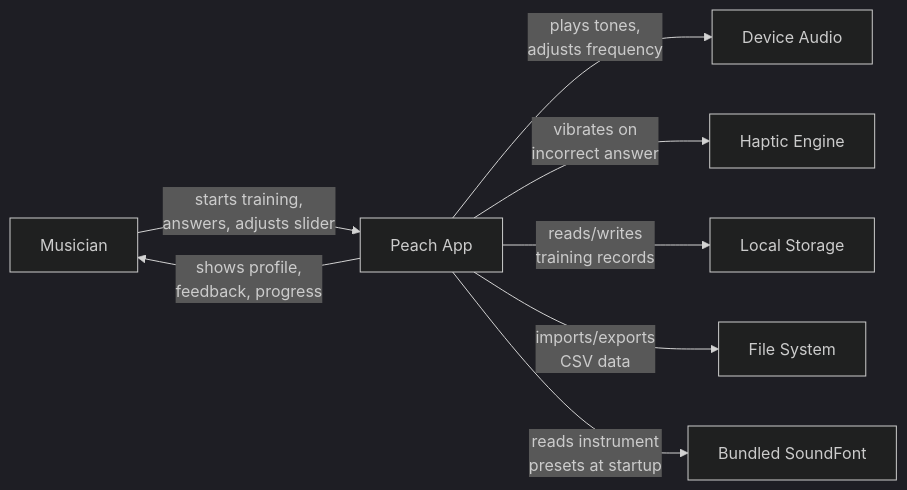
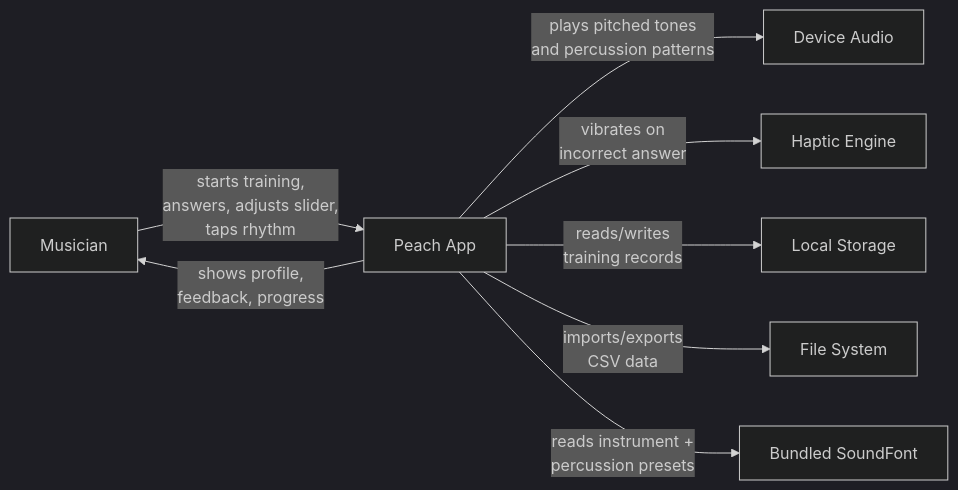
Before and after one commit to mschuerig/peach-ios: the first of 10 diagrams in docs/arc42.md, drawn with Mermaid (dark theme). The commit also changed other lines of this file, not shown here.

First line of the commit message:
Update arc42 documentation to v2.0 for rhythm training

````diff
--- a/docs/arc42.md
+++ b/docs/arc42.md
@@ -68,18 +79,18 @@
 ```mermaid
 graph LR
     User["Musician"]
     Peach["Peach App"]
     Audio["Device Audio"]
     Haptics["Haptic Engine"]
     Storage["Local Storage"]
     FS["File System"]
     SF2["Bundled SoundFont"]
 
-    User -- "starts training,<br/>answers, adjusts slider" --> Peach
-    Peach -- "plays tones,<br/>adjusts frequency" --> Audio
+    User -- "starts training,<br/>answers, adjusts slider,<br/>taps rhythm" --> Peach
+    Peach -- "plays pitched tones<br/>and percussion patterns" --> Audio
     Peach -- "vibrates on<br/>incorrect answer" --> Haptics
     Peach -- "reads/writes<br/>training records" --> Storage
     Peach -- "imports/exports<br/>CSV data" --> FS
-    Peach -- "reads instrument<br/>presets at startup" --> SF2
+    Peach -- "reads instrument +<br/>percussion presets" --> SF2
     Peach -- "shows profile,<br/>feedback, progress" --> User
 ```
````
